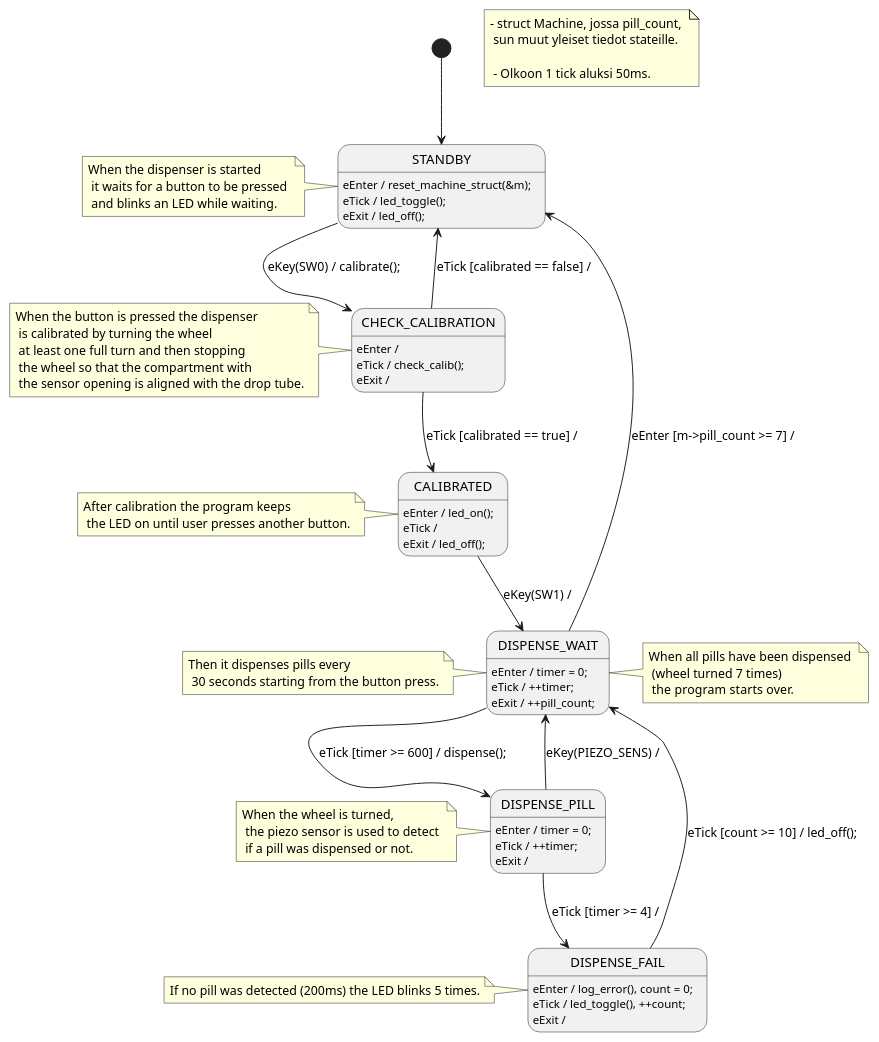
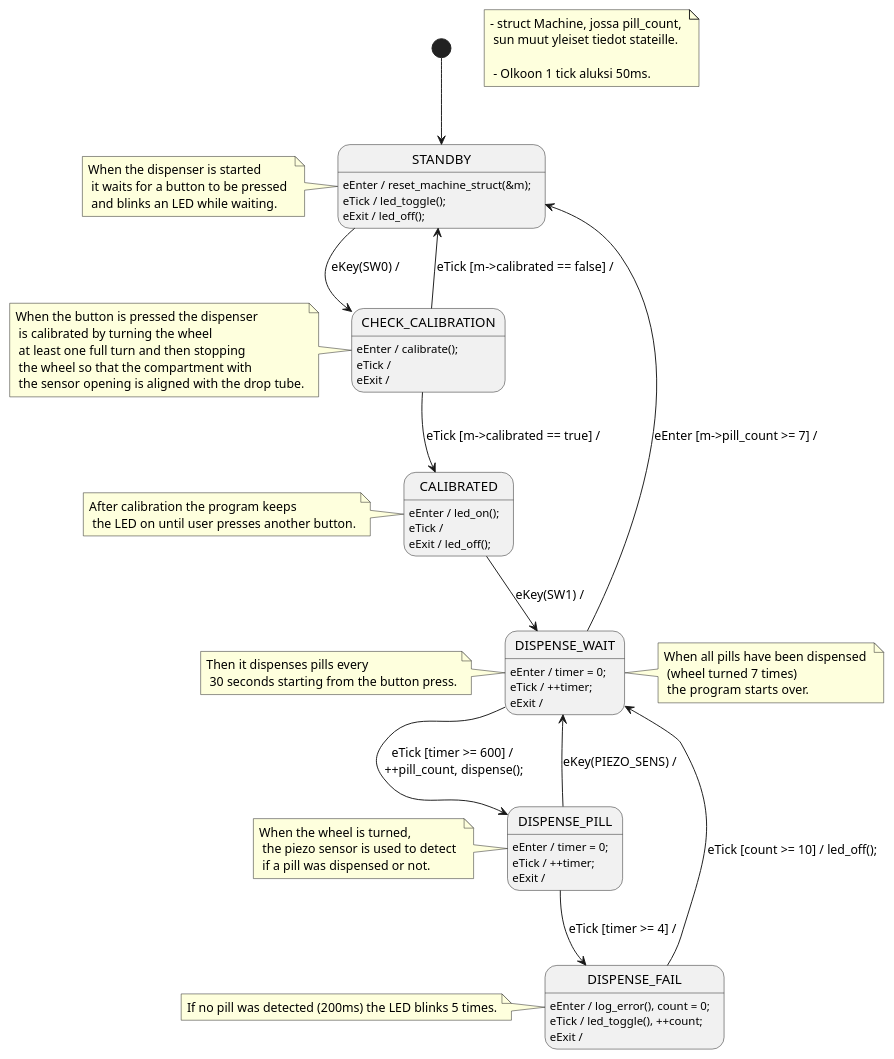
Before and after one commit to aleksanteril/LAAKKEET: the diagram in minimum_state_diagram.puml, drawn with PlantUML. The commit also changed 1 other file, not shown here.

Commit message:
Minor fixes to diagram

```diff
--- a/minimum_state_diagram.puml
+++ b/minimum_state_diagram.puml
@@ -1,52 +1,52 @@
 @startuml Minimum State Machine
 
 [*] --> STANDBY
 STANDBY : eEnter / reset_machine_struct(&m);
 STANDBY : eTick / led_toggle();
 STANDBY : eExit / led_off();
-STANDBY --> CHECK_CALIBRATION : eKey(SW0) / calibrate();
+STANDBY --> CHECK_CALIBRATION : eKey(SW0) /
 
 
 note "- struct Machine, jossa pill_count, \n sun muut yleiset tiedot stateille. \n \n - Olkoon 1 tick aluksi 50ms." as N1
 note left of STANDBY : When the dispenser is started \n it waits for a button to be pressed \n and blinks an LED while waiting.
 
-CHECK_CALIBRATION : eEnter /
-CHECK_CALIBRATION : eTick / check_calib();
+CHECK_CALIBRATION : eEnter / calibrate();
+CHECK_CALIBRATION : eTick / 
 CHECK_CALIBRATION : eExit /
-CHECK_CALIBRATION --> STANDBY : eTick [calibrated == false] /
-CHECK_CALIBRATION --> CALIBRATED : eTick [calibrated == true] /
+CHECK_CALIBRATION --> STANDBY : eTick [m->calibrated == false] /
+CHECK_CALIBRATION --> CALIBRATED : eTick [m->calibrated == true] /
 
 note left of CHECK_CALIBRATION : When the button is pressed the dispenser \n is calibrated by turning the wheel \n at least one full turn and then stopping \n the wheel so that the compartment with \n the sensor opening is aligned with the drop tube.
 
 CALIBRATED : eEnter / led_on();
 CALIBRATED : eTick /
 CALIBRATED : eExit / led_off();
 CALIBRATED --> DISPENSE_WAIT : eKey(SW1) /
 
 note left of CALIBRATED : After calibration the program keeps \n the LED on until user presses another button.
 
 DISPENSE_WAIT : eEnter / timer = 0;
 DISPENSE_WAIT : eTick / ++timer;
-DISPENSE_WAIT : eExit / ++pill_count;
-DISPENSE_WAIT --> DISPENSE_PILL : eTick [timer >= 600] / dispense();
+DISPENSE_WAIT : eExit / 
+DISPENSE_WAIT --> DISPENSE_PILL : eTick [timer >= 600] / \n++pill_count, dispense();
 DISPENSE_WAIT --> STANDBY : eEnter [m->pill_count >= 7] /
 
 note left of DISPENSE_WAIT : Then it dispenses pills every \n 30 seconds starting from the button press.
 note right of DISPENSE_WAIT : When all pills have been dispensed \n (wheel turned 7 times) \n the program starts over.
 
 DISPENSE_PILL : eEnter / timer = 0;
 DISPENSE_PILL : eTick / ++timer;
 DISPENSE_PILL : eExit /
 DISPENSE_PILL --> DISPENSE_WAIT : eKey(PIEZO_SENS) / 
 DISPENSE_PILL --> DISPENSE_FAIL : eTick [timer >= 4] /
 
 note left of DISPENSE_PILL : When the wheel is turned, \n the piezo sensor is used to detect \n if a pill was dispensed or not.
 
 DISPENSE_FAIL : eEnter / log_error(), count = 0;
 DISPENSE_FAIL : eTick / led_toggle(), ++count;
 DISPENSE_FAIL : eExit / 
 DISPENSE_FAIL --> DISPENSE_WAIT : eTick [count >= 10] / led_off();
 
 note left of DISPENSE_FAIL : If no pill was detected (200ms) the LED blinks 5 times.
 
 @enduml
```
